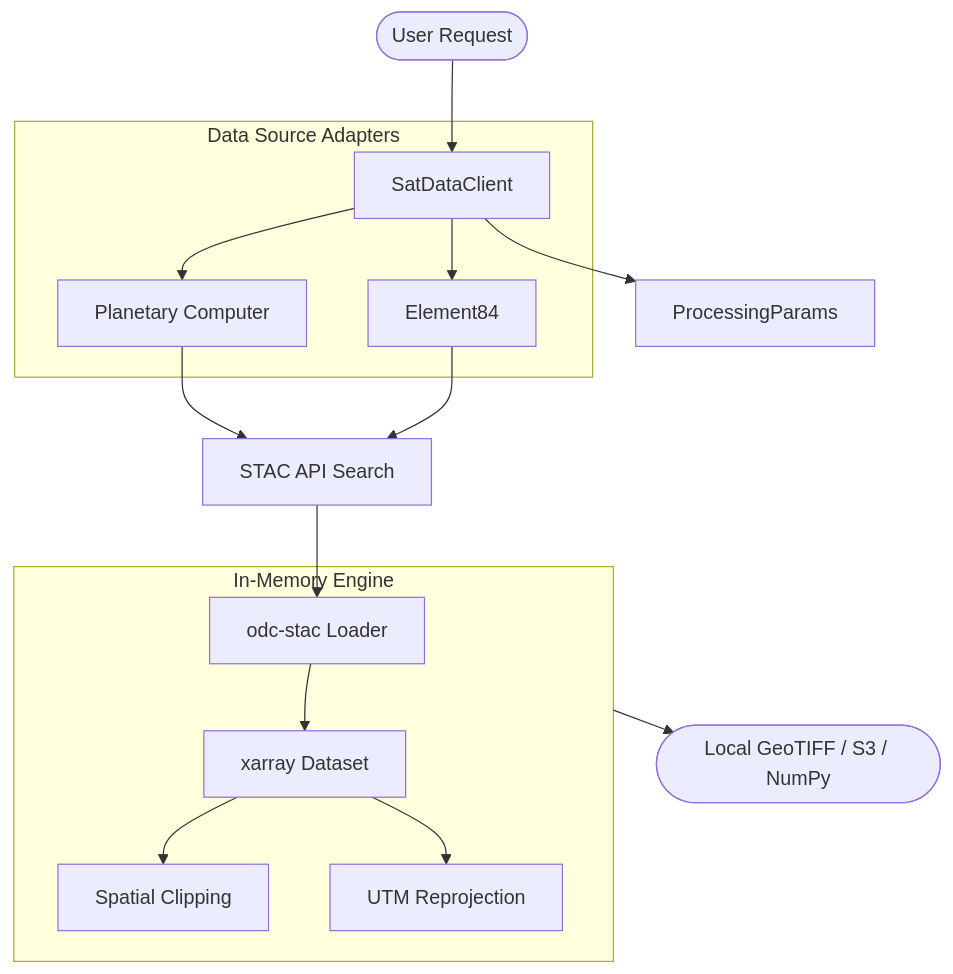
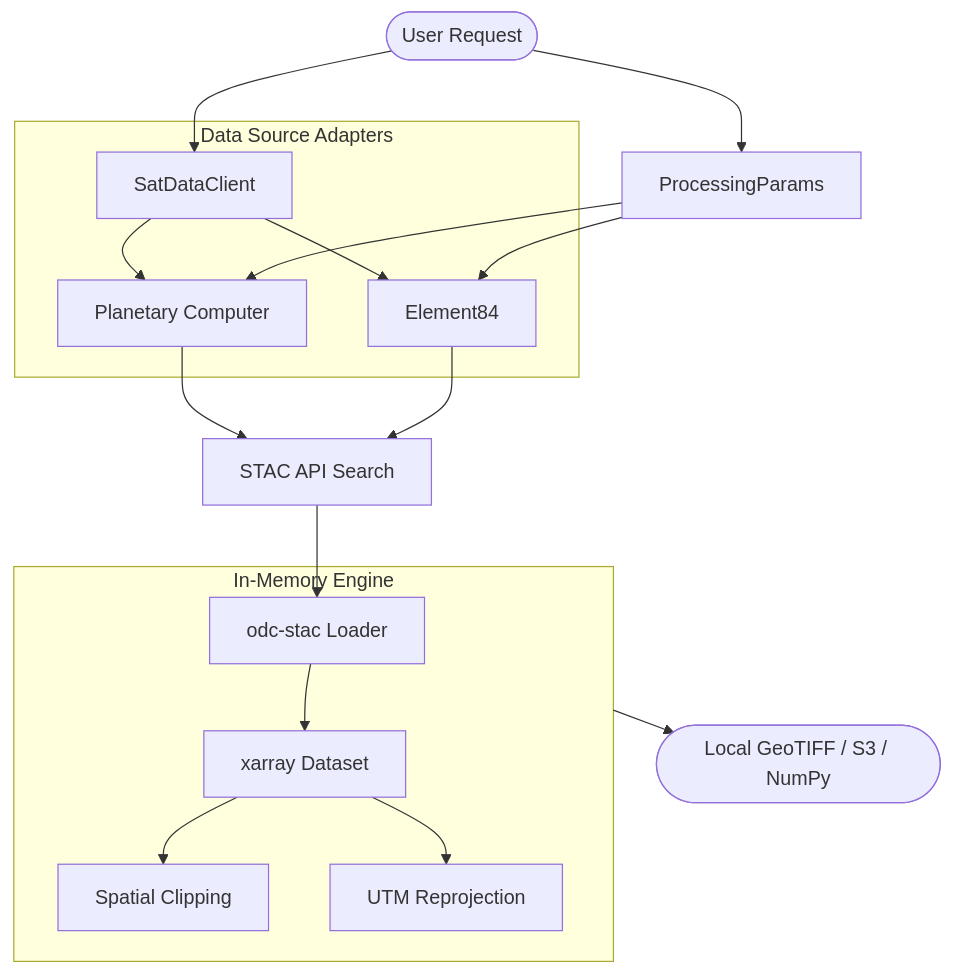
The diagram in docs/ARCHITECTURE.md (Kongstad/sat-data-acquisition), drawn with Mermaid before and after one commit. The commit also changed 3 other files, not shown here.

Commit message:
feat: add PyPI-specific README without CI badge, fix architecture diagram flow

````diff
--- a/docs/ARCHITECTURE.md
+++ b/docs/ARCHITECTURE.md
@@ -9,23 +9,26 @@
 ```mermaid
 graph TD
     User([User Request]) --> Client[SatDataClient]
-    Client --> Params[ProcessingParams]
+    User --> Params[ProcessingParams]
     
     subgraph Providers [Data Source Adapters]
         Client --> MPC[Planetary Computer]
         Client --> E84[Element84]
     end
+    
+    Params --> MPC
+    Params --> E84
     
     MPC --> STAC_API[STAC API Search]
     E84 --> STAC_API
     
     STAC_API --> Loader[odc-stac Loader]
     
     subgraph Processing [In-Memory Engine]
         Loader --> XR[xarray Dataset]
         XR --> Clip[Spatial Clipping]
         XR --> Reproject[UTM Reprojection]
     end
     
     Processing --> Output([Local GeoTIFF / S3 / NumPy])
 ```
````
